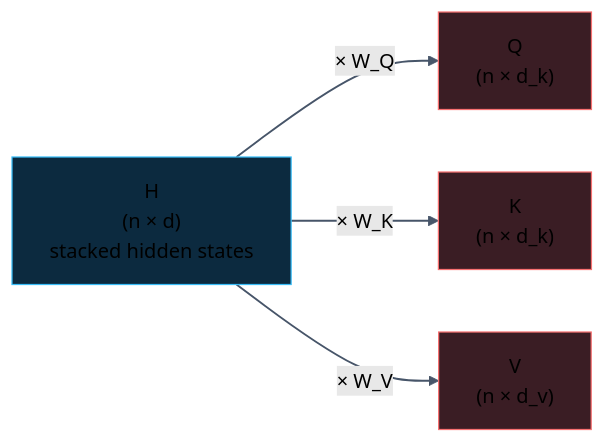
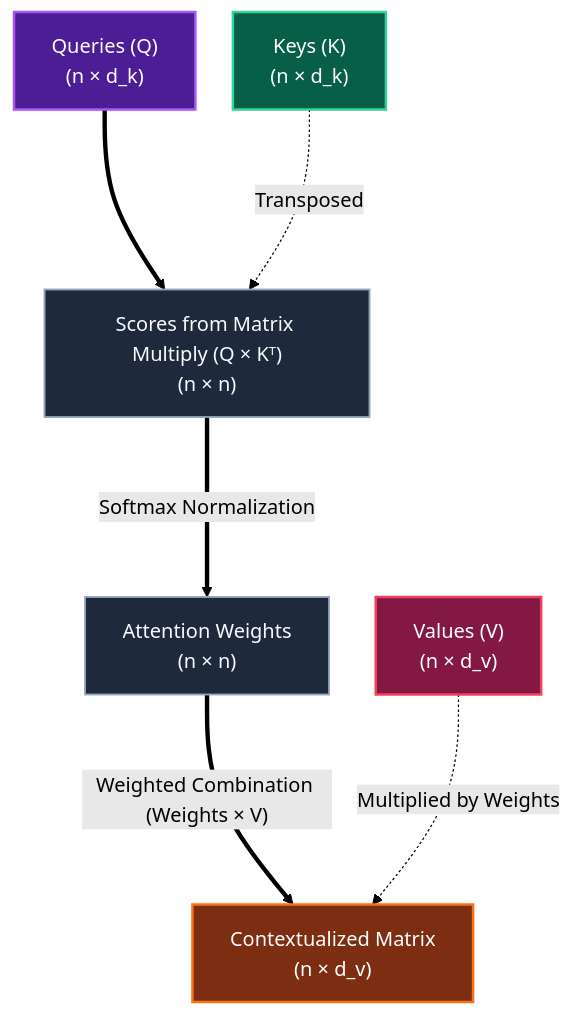
The fourth of 5 diagrams in _posts/2026-05-02-attention.md (namtiw/namtiw.github.io), drawn with Mermaid (forest theme) before and after one commit. The commit also changed other lines of this file, not shown here.

Commit message:
diagram improvement and add Optimiser intro

```diff
--- a/_posts/2026-05-02-attention.md
+++ b/_posts/2026-05-02-attention.md
@@ -239,12 +307,32 @@
 <pre class="mermaid">
-%%{init: {"flowchart": {"nodeSpacing": 50, "rankSpacing": 70}}}%%
-flowchart LR
-  H["H<br/>(n × d)<br/>stacked hidden states"] -- "× W_Q" --> Q["Q<br/>(n × d_k)"]
-  H -- "× W_K" --> K["K<br/>(n × d_k)"]
-  H -- "× W_V" --> V["V<br/>(n × d_v)"]
-  classDef inp fill:#0C2A3F,stroke:#38BDF8
-  classDef outp fill:#3A1D24,stroke:#F87171
-  class H inp
-  class Q,K,V outp
-  linkStyle default stroke:#475569,stroke-width:1.5px
+%%{init: {"flowchart": {"nodeSpacing": 30, "rankSpacing": 120}}}%%
+flowchart TD
+  Q["Queries (Q)<br/>(n × d_k)"]
+  K["Keys (K)<br/>(n × d_k)"]
+  V["Values (V)<br/>(n × d_v)"]
+
+  SCORE["Scores from Matrix Multiply (Q × Kᵀ)<br/>(n × n)"]
+  ATTN_W["Attention Weights<br/>(n × n)"]
+  OUT["Contextualized Matrix<br/>(n × d_v)"]
+
+  Q ==> SCORE
+  K -.->|"Transposed"| SCORE
+  
+  SCORE ==>|"Softmax Normalization"| ATTN_W
+  
+  ATTN_W ==>|"Weighted Combination (Weights × V)"| OUT
+  V -.->|"Multiplied by Weights"| OUT
+
+  %% Styling
+  classDef queryMat fill:#4c1d95,stroke:#a855f7,stroke-width:2px,color:#fff
+  classDef keyMat fill:#065f46,stroke:#34d399,stroke-width:2px,color:#fff
+  classDef valueMat fill:#831843,stroke:#f43f5e,stroke-width:2px,color:#fff
+  classDef interMat fill:#1e293b,stroke:#94a3b8,stroke-width:1.5px,color:#f8fafc
+  classDef outMat fill:#7c2d12,stroke:#f97316,stroke-width:2px,color:#fff
+
+  class Q queryMat
+  class K keyMat
+  class V valueMat
+  class SCORE,ATTN_W interMat
+  class OUT outMat
 </pre>
```
